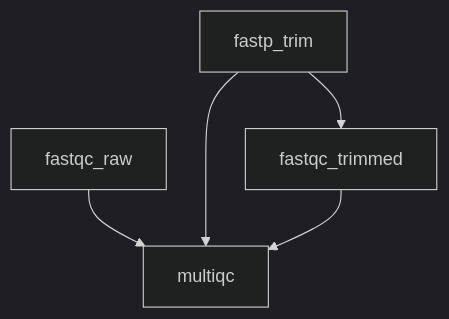
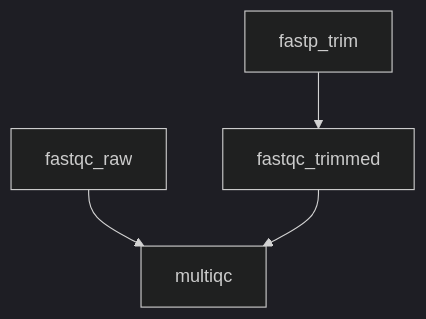
The diagram in docs/guide/src/tutorials/first-workflow.md (Traitome/oxo-flow), drawn with Mermaid (dark theme) before and after one commit. The commit also changed other lines of this file, not shown here.

````diff
--- a/docs/guide/src/tutorials/first-workflow.md
+++ b/docs/guide/src/tutorials/first-workflow.md
@@ -151,7 +150,6 @@
 ```mermaid
 graph TD
     A[fastqc_raw] --> D[multiqc]
     B[fastp_trim] --> C[fastqc_trimmed]
-    B --> D
     C --> D
 ```
````
